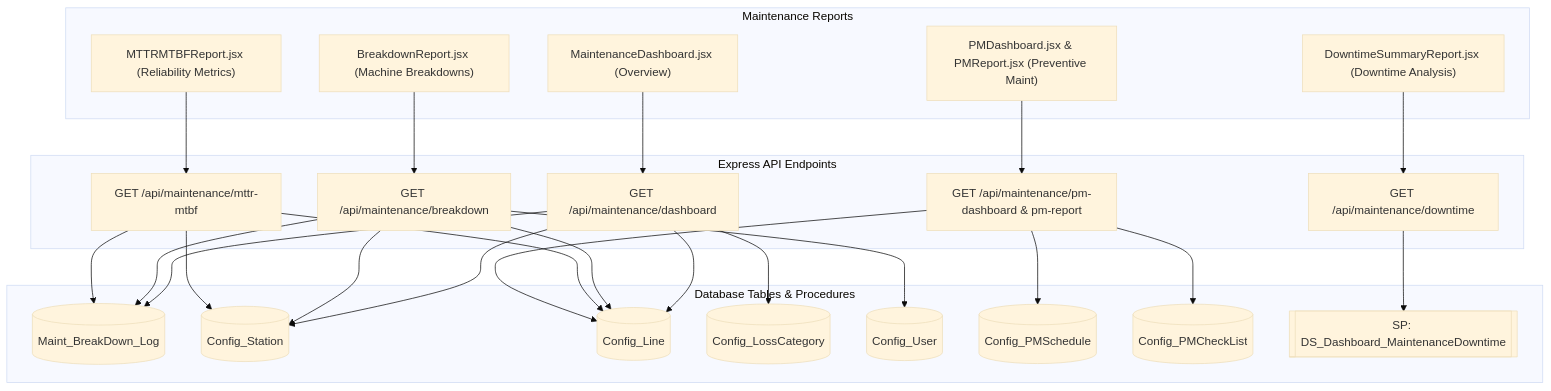
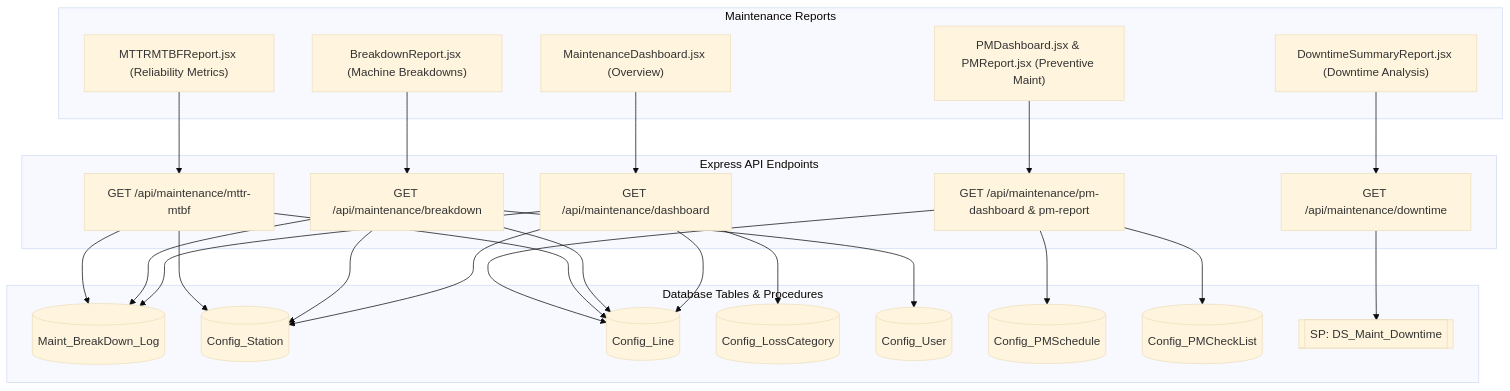
Before and after one commit to Saksham1244/BajajDashboard: the eighth of 10 diagrams in docs/DATA_LINEAGE_AND_TABLE_MAPPING.md, drawn with Mermaid (base theme). The commit also changed other lines of this file and 69 other files, not shown here.

````diff
--- a/docs/DATA_LINEAGE_AND_TABLE_MAPPING.md
+++ b/docs/DATA_LINEAGE_AND_TABLE_MAPPING.md
@@ -336,41 +336,41 @@
 ```mermaid
 flowchart TD
     subgraph UI_Layer["Maintenance Reports"]
         M1["MaintenanceDashboard.jsx (Overview)"]
         M2["BreakdownReport.jsx (Machine Breakdowns)"]
         M3["DowntimeSummaryReport.jsx (Downtime Analysis)"]
         M4["MTTRMTBFReport.jsx (Reliability Metrics)"]
         M5["PMDashboard.jsx & PMReport.jsx (Preventive Maint)"]
     end
 
     subgraph API_Layer["Express API Endpoints"]
         E_M1["GET /api/maintenance/dashboard"]
         E_M2["GET /api/maintenance/breakdown"]
         E_M3["GET /api/maintenance/downtime"]
         E_M4["GET /api/maintenance/mttr-mtbf"]
         E_M5["GET /api/maintenance/pm-dashboard & pm-report"]
     end
 
     subgraph DB_Layer["Database Tables & Procedures"]
         MT1[("Maint_BreakDown_Log")]
         MT2[("Config_Station")]
         MT3[("Config_Line")]
         MT4[("Config_LossCategory")]
         MT5[("Config_User")]
         MT6[("Config_PMSchedule")]
         MT7[("Config_PMCheckList")]
-        SP_MDT[["SP: DS_Dashboard_MaintenanceDowntime"]]
+        SP_MDT[["SP: DS_Maint_Downtime"]]
     end
 
     M1 --> E_M1
     M2 --> E_M2
     M3 --> E_M3
     M4 --> E_M4
     M5 --> E_M5
 
     E_M1 --> MT1 & MT2 & MT3 & MT4
     E_M2 --> MT1 & MT2 & MT3 & MT5
     E_M3 --> SP_MDT
     E_M4 --> MT1 & MT2 & MT3
     E_M5 --> MT6 & MT7 & MT3
 ```
````
